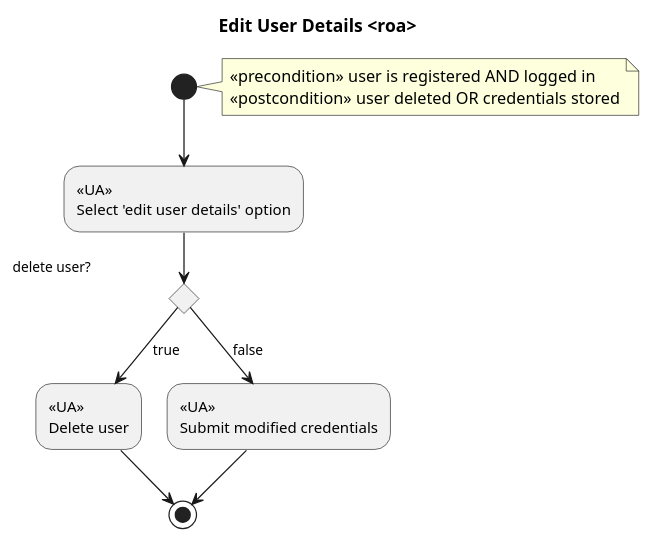
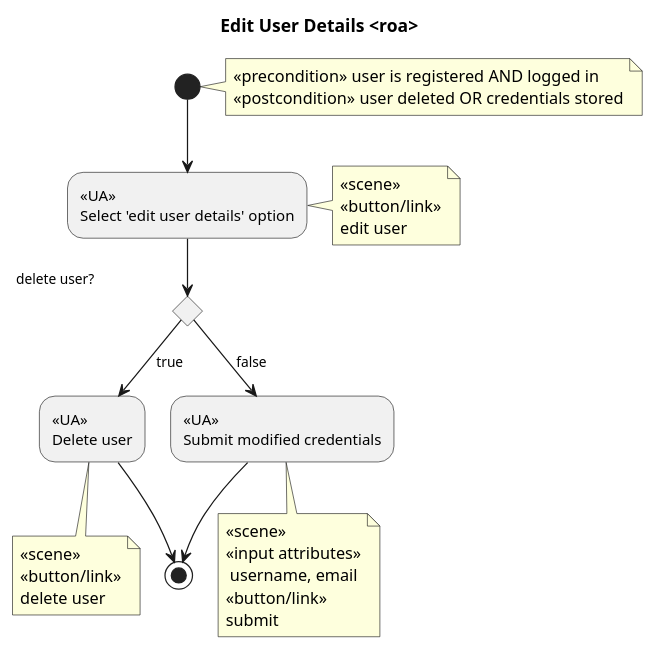
Before and after one commit to bzg/worg: the second of 4 diagrams in org-contrib/gsoc2012/student-projects/bugpile/i.org, drawn with PlantUML. The commit also changed other lines of this file and 2 other files, not shown here.

Commit message:
[gsoc12] scenes added to edit-user-details and register-as-user uml diagrams in i.org.

```diff
--- a/org-contrib/gsoc2012/student-projects/bugpile/i.org
+++ b/org-contrib/gsoc2012/student-projects/bugpile/i.org
@@ -700,12 +702,15 @@
 #+begin_src plantuml :file ../../../../images/gsoc/2012/bugpile/edit-user-details-uml-roa.png 
   title Edit User Details <roa>
   note right: <<precondition>> user is registered AND logged in\n<<postcondition>> user deleted OR credentials stored
   (*) --> "<<UA>>\nSelect 'edit user details' option"
+  note right: <<scene>>\n<<button/link>>\nedit user
   if "delete user?                   " then
     --> [true] "<<UA>>\nDelete user"
+    note bottom: <<scene>>\n<<button/link>>\ndelete user
     --> (*)
   else
     --> [false] "<<UA>>\nSubmit modified credentials"
+        note bottom: <<scene>>\n<<input attributes>>\n username, email\n<<button/link>>\nsubmit
     --> (*)
   endif
 #+end_src
```
